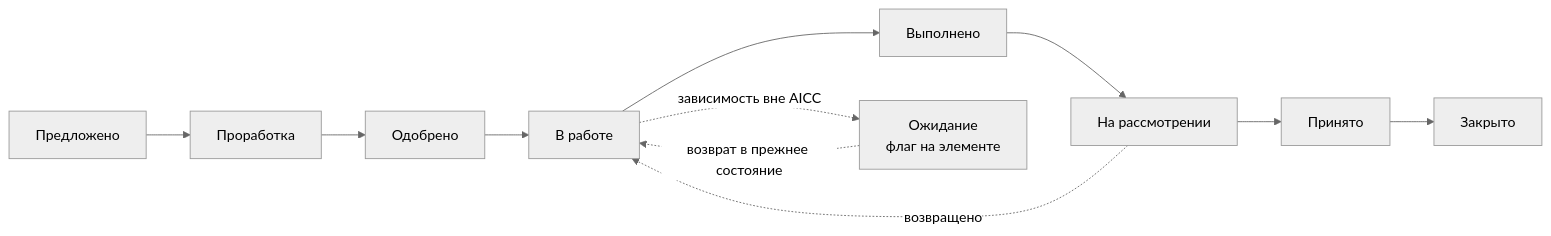
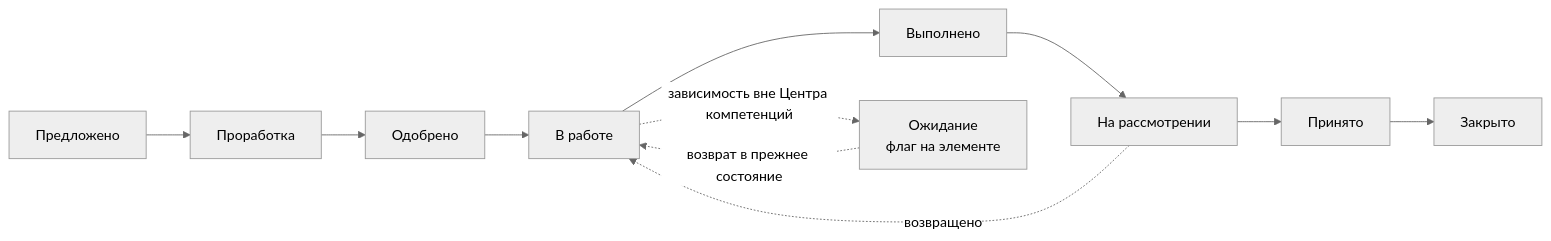
One commit to devhogu/ob-aicc changed the second of 10 diagrams in charter/ru/workflows/service-delivery.md. Above: the diagram before and after it, drawn with Mermaid (neutral theme). The commit also changed other lines of this file and 1149 other files, not shown here.

````diff
--- a/charter/ru/workflows/service-delivery.md
+++ b/charter/ru/workflows/service-delivery.md
@@ -55,13 +55,13 @@
 ```mermaid
 flowchart LR
   P["Предложено"] --> D["Проработка"]
   D --> A["Одобрено"]
   A --> AC["В работе"]
   AC --> C["Выполнено"]
   C --> R["На рассмотрении"]
   R --> AK["Принято"]
   AK --> CL["Закрыто"]
   R -.->|"возвращено"| AC
-  AC -.->|"зависимость вне AICC"| W["Ожидание<br/>флаг на элементе"]
+  AC -.->|"зависимость вне Центра компетенций"| W["Ожидание<br/>флаг на элементе"]
   W -.->|"возврат в прежнее состояние"| AC
 ```
````
